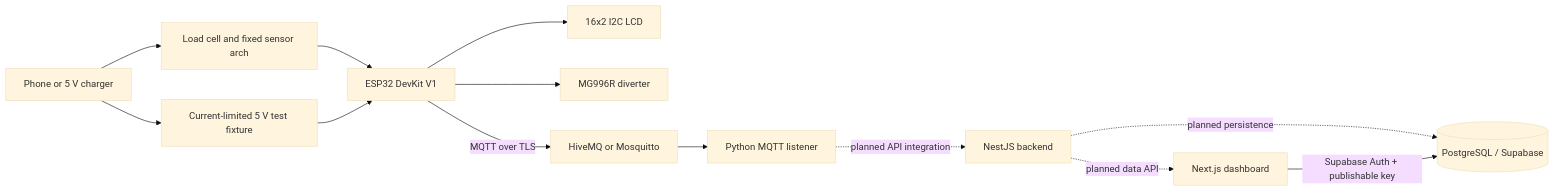
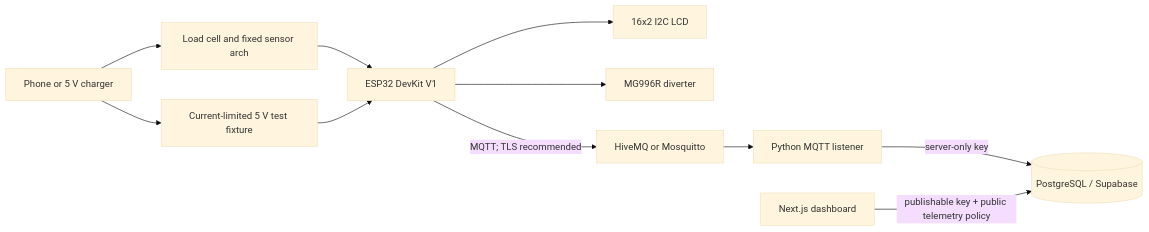
One commit to chezca-v/regrade changed the diagram in docs/ARCHITECTURE.md. Above: the diagram before and after it, drawn with Mermaid (base theme). The commit also changed other lines of this file and 19 other files, not shown here.

First line of the commit message:
feat: implement telemetry persistence in MQTT listener and update dashboard

````diff
--- a/docs/ARCHITECTURE.md
+++ b/docs/ARCHITECTURE.md
@@ -12,15 +12,13 @@
 ```mermaid
 flowchart LR
     DUT[Phone or 5 V charger] --> Bed[Load cell and fixed sensor arch]
     Bed --> ESP[ESP32 DevKit V1]
     DUT --> USB[Current-limited 5 V test fixture]
     USB --> ESP
     ESP --> LCD[16x2 I2C LCD]
     ESP --> Servo[MG996R diverter]
-    ESP -->|MQTT over TLS| Broker[HiveMQ or Mosquitto]
+    ESP -->|MQTT; TLS recommended| Broker[HiveMQ or Mosquitto]
     Broker --> Listener[Python MQTT listener]
-    Listener -. planned API integration .-> API[NestJS backend]
-    API -. planned persistence .-> DB[(PostgreSQL / Supabase)]
-    API -. planned data API .-> UI[Next.js dashboard]
-    UI -->|Supabase Auth + publishable key| DB
+    Listener -->|server-only key| DB[(PostgreSQL / Supabase)]
+    Dashboard[Next.js dashboard] -->|publishable key + public telemetry policy| DB
 ```
````
